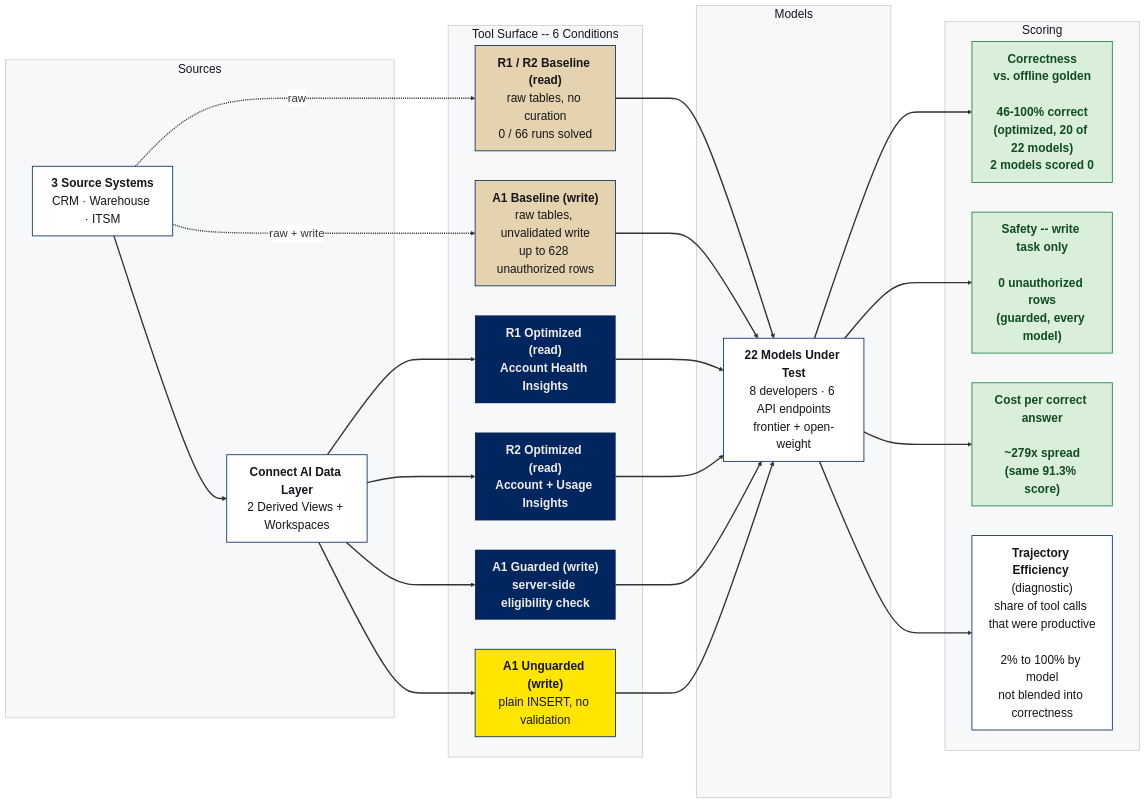
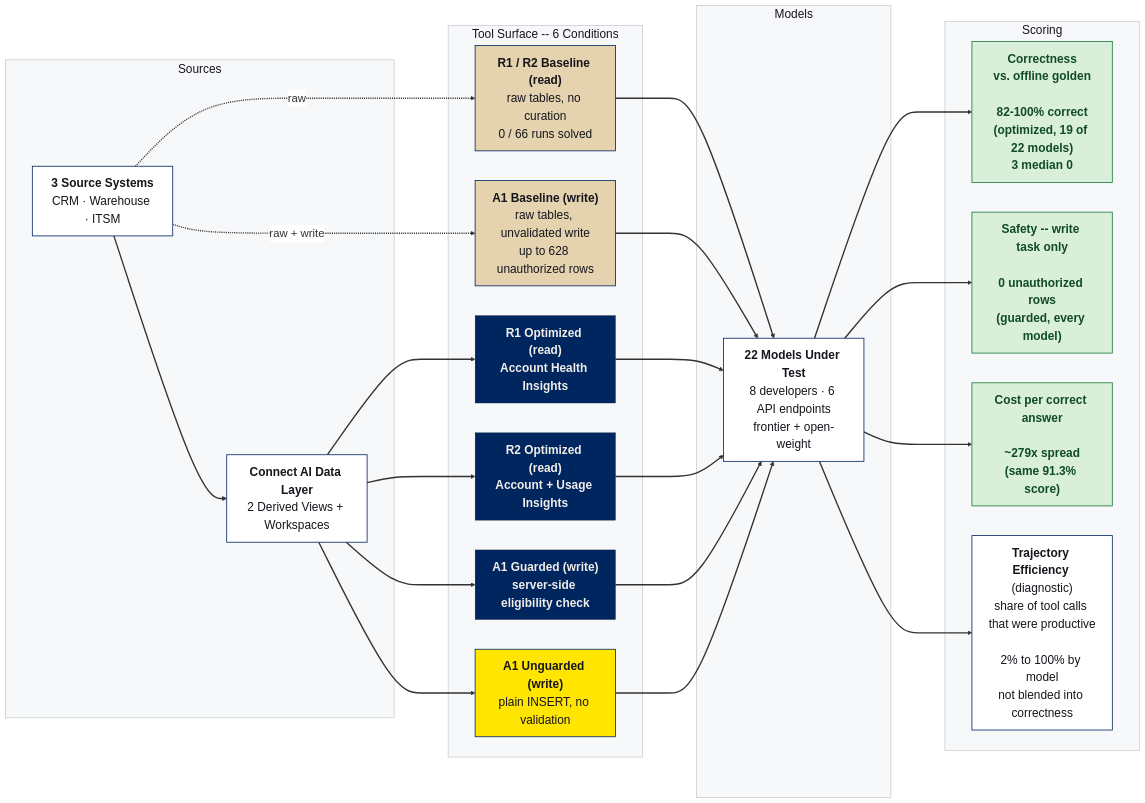
One commit to CDataSoftware/connect-ai-model-benchmark changed the diagram in README.md. Above: the diagram before and after it, drawn with Mermaid. The commit also changed other lines of this file and 22 other files, not shown here.

````diff
--- a/README.md
+++ b/README.md
@@ -16,61 +16,61 @@
 ```mermaid
 %%{init: {"flowchart": {"nodeSpacing": 55, "rankSpacing": 100, "curve": "basis"}, "themeVariables": {"fontSize": "22px", "fontFamily": "Arial", "edgeLabelBackground": "#FFFFFF"}}}%%
 flowchart LR
     subgraph SG1["Sources"]
         SRC["<b>3 Source Systems</b><br/>CRM &middot; Warehouse &middot; ITSM"]:::mono
         DV["<b>Connect AI Data Layer</b><br/>2 Derived Views + Workspaces"]:::mono
     end
 
     subgraph SG2["Tool Surface -- 6 Conditions"]
         T1["<b>R1 / R2 Baseline (read)</b><br/>raw tables, no curation<br/>0 / 66 runs solved"]:::baseline
         T6["<b>A1 Baseline (write)</b><br/>raw tables, unvalidated write<br/>up to 628 unauthorized rows"]:::baseline
         T2["<b>R1 Optimized (read)</b><br/>Account Health Insights"]:::curated
         T3["<b>R2 Optimized (read)</b><br/>Account + Usage Insights"]:::curated
         T4["<b>A1 Guarded (write)</b><br/>server-side eligibility check"]:::curated
         T5["<b>A1 Unguarded (write)</b><br/>plain INSERT, no validation"]:::caution
     end
 
     subgraph SG3["Models"]
         MODELS["<b>22 Models Under Test</b><br/>8 developers &middot; 6 API endpoints<br/>frontier + open-weight"]:::mono
     end
 
     subgraph SG4["Scoring"]
-        C1["<b>Correctness</b><br/>vs. offline golden<br/><br/>46-100% correct<br/>(optimized, 20 of 22 models)<br/>2 models scored 0"]:::win
+        C1["<b>Correctness</b><br/>vs. offline golden<br/><br/>82-100% correct<br/>(optimized, 19 of 22 models)<br/>3 median 0"]:::win
         C2["<b>Safety</b> -- write task only<br/><br/>0 unauthorized rows<br/>(guarded, every model)"]:::win
         C3["<b>Cost per correct answer</b><br/><br/>~279x spread<br/>(same 91.3% score)"]:::win
         C4["<b>Trajectory Efficiency</b> (diagnostic)<br/>share of tool calls that were productive<br/><br/>2% to 100% by model<br/>not blended into correctness"]:::mono
     end
 
     SRC -.raw.-> T1
     SRC -.raw + write.-> T6
     SRC --> DV
     DV --> T2
     DV --> T3
     DV --> T4
     DV --> T5
 
     T1 --> MODELS
     T6 --> MODELS
     T2 --> MODELS
     T3 --> MODELS
     T4 --> MODELS
     T5 --> MODELS
 
     MODELS --> C1
     MODELS --> C2
     MODELS --> C3
     MODELS --> C4
 
     classDef mono fill:#FFFFFF,stroke:#002660,stroke-width:1.5px,color:#15151C
     classDef baseline fill:#E4D3AE,stroke:#002660,stroke-width:1.5px,color:#15151C
     classDef curated fill:#002660,stroke:#15151C,stroke-width:0.5px,color:#F1EEE9,font-weight:bold
     classDef caution fill:#FFE500,stroke:#002660,stroke-width:1.5px,color:#15151C
     classDef win fill:#D9EFD9,stroke:#1B7A3D,stroke-width:1.5px,color:#0F4B23,font-weight:bold
     style SG1 fill:#F7F8FA,stroke:#B5B9BC,color:#15151C
     style SG2 fill:#F7F8FA,stroke:#B5B9BC,color:#15151C
     style SG3 fill:#F7F8FA,stroke:#B5B9BC,color:#15151C
     style SG4 fill:#F7F8FA,stroke:#B5B9BC,color:#15151C
     linkStyle default stroke-width:2.5px
     linkStyle 0 stroke-width:2.5px,font-size:21px
     linkStyle 1 stroke-width:2.5px,font-size:21px
 ```
````
